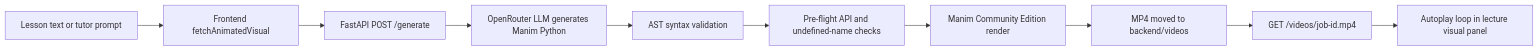
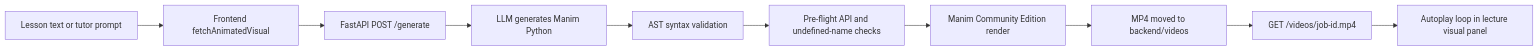
The fourth of 5 diagrams in README.md (Adnann07/Amplify_EdNova), drawn with Mermaid before and after one commit. The commit also changed other lines of this file, not shown here.

````diff
--- a/README.md
+++ b/README.md
@@ -273,12 +278,12 @@
 ```mermaid
 flowchart LR
    A[Lesson text or tutor prompt] --> B[Frontend fetchAnimatedVisual]
    B --> C[FastAPI POST /generate]
-   C --> D[OpenRouter LLM generates Manim Python]
+   C --> D[LLM generates Manim Python]
    D --> E[AST syntax validation]
    E --> F[Pre-flight API and undefined-name checks]
    F --> G[Manim Community Edition render]
    G --> H[MP4 moved to backend/videos]
    H --> I[GET /videos/job-id.mp4]
    I --> J[Autoplay loop in lecture visual panel]
 ```
````
